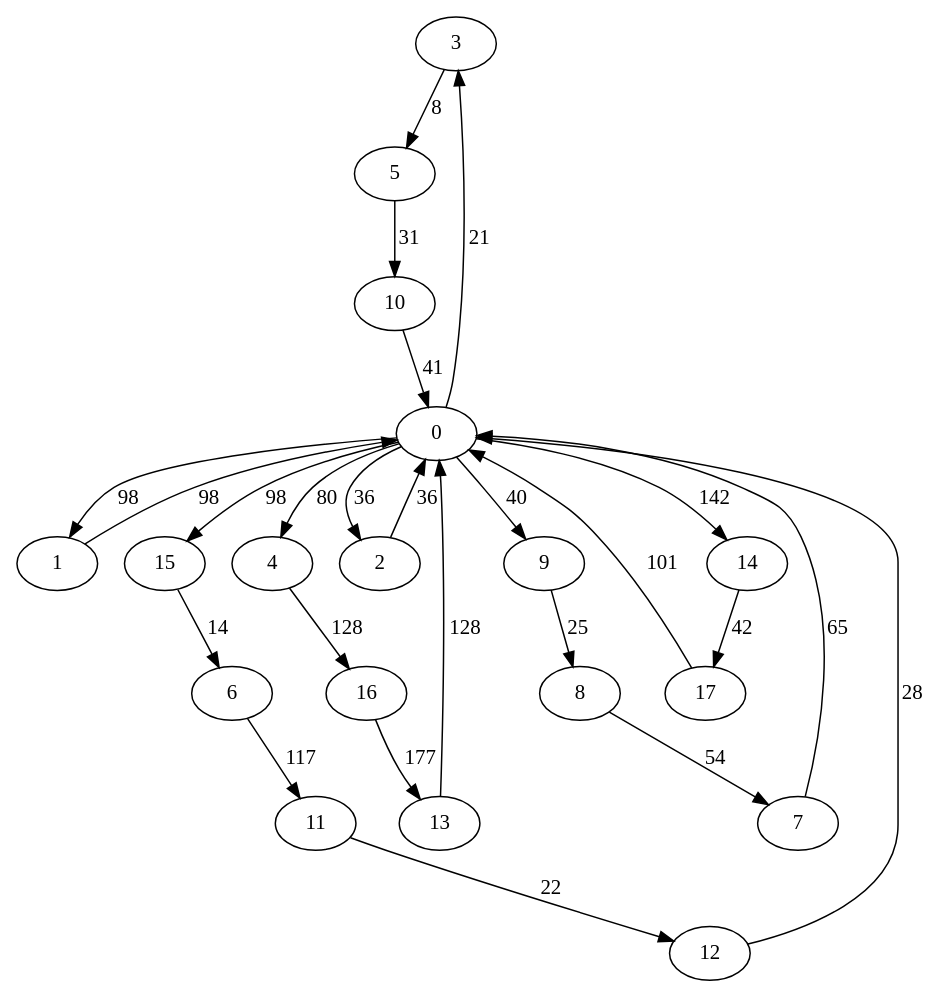
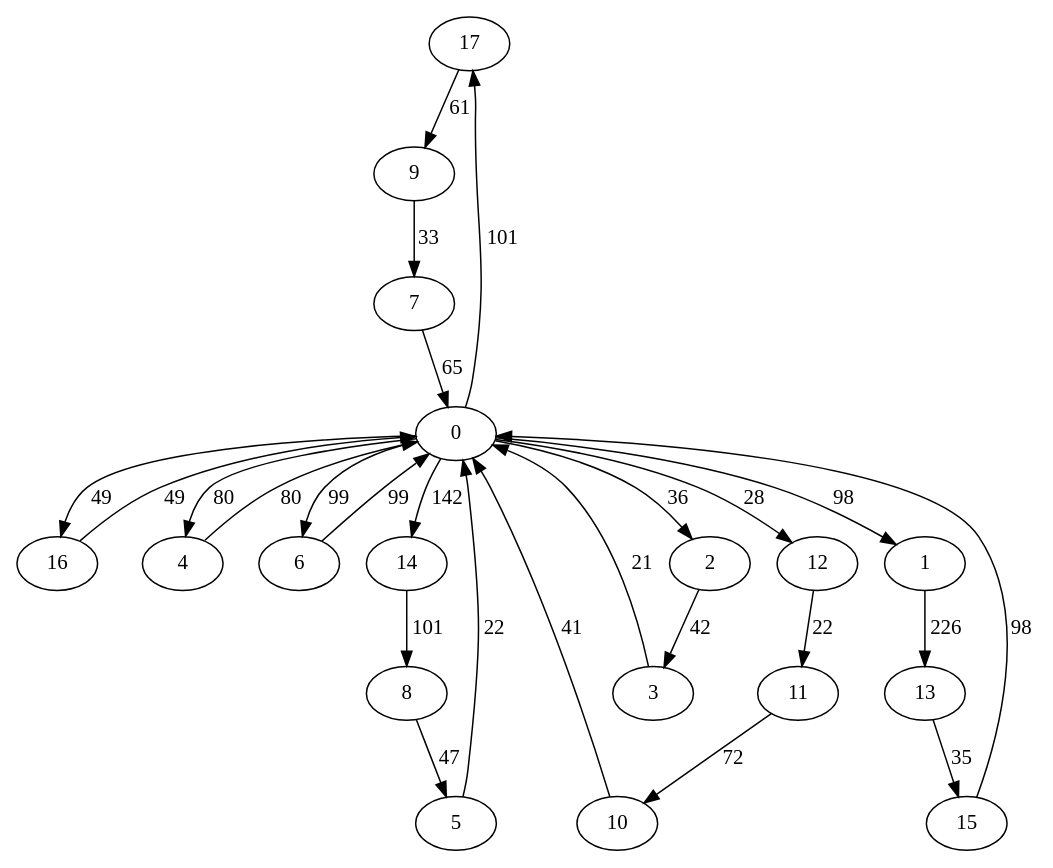
Before and after one commit to akosej/vehicle_routing: the diagram in grafos/iteration2.dot, drawn with Graphviz. The commit also changed 15 other files, not shown here.

```diff
--- a/grafos/iteration2.dot
+++ b/grafos/iteration2.dot
@@ -1,45 +1,46 @@
 digraph G {
-	3->5[ label=8 ];
-	1->0[ label=98 ];
-	8->7[ label=54 ];
+	17->9[ label=61 ];
+	16->0[ label=49 ];
+	4->0[ label=80 ];
+	6->0[ label=99 ];
+	0->2[ label=36 ];
+	0->14[ label=142 ];
+	0->17[ label=101 ];
+	0->16[ label=49 ];
+	0->6[ label=99 ];
+	0->4[ label=80 ];
+	0->1[ label=98 ];
+	0->12[ label=28 ];
+	1->13[ label=226 ];
+	5->0[ label=22 ];
+	11->10[ label=72 ];
+	10->0[ label=41 ];
+	13->15[ label=35 ];
+	15->0[ label=98 ];
+	3->0[ label=21 ];
+	8->5[ label=47 ];
+	9->7[ label=33 ];
 	7->0[ label=65 ];
-	17->0[ label=101 ];
-	15->6[ label=14 ];
-	13->0[ label=128 ];
-	0->4[ label=80 ];
-	0->3[ label=21 ];
-	0->1[ label=98 ];
-	0->2[ label=36 ];
-	0->9[ label=40 ];
-	0->14[ label=142 ];
-	0->15[ label=98 ];
-	4->16[ label=128 ];
-	5->10[ label=31 ];
-	2->0[ label=36 ];
-	12->0[ label=28 ];
-	16->13[ label=177 ];
-	10->0[ label=41 ];
-	9->8[ label=25 ];
-	14->17[ label=42 ];
-	6->11[ label=117 ];
-	11->12[ label=22 ];
+	2->3[ label=42 ];
+	12->11[ label=22 ];
+	14->8[ label=101 ];
 	0 [ label=0 ];
 	1 [ label=1 ];
 	10 [ label=10 ];
 	11 [ label=11 ];
 	12 [ label=12 ];
 	13 [ label=13 ];
 	14 [ label=14 ];
 	15 [ label=15 ];
 	16 [ label=16 ];
 	17 [ label=17 ];
 	2 [ label=2 ];
 	3 [ label=3 ];
 	4 [ label=4 ];
 	5 [ label=5 ];
 	6 [ label=6 ];
 	7 [ label=7 ];
 	8 [ label=8 ];
 	9 [ label=9 ];
 
 }
```
